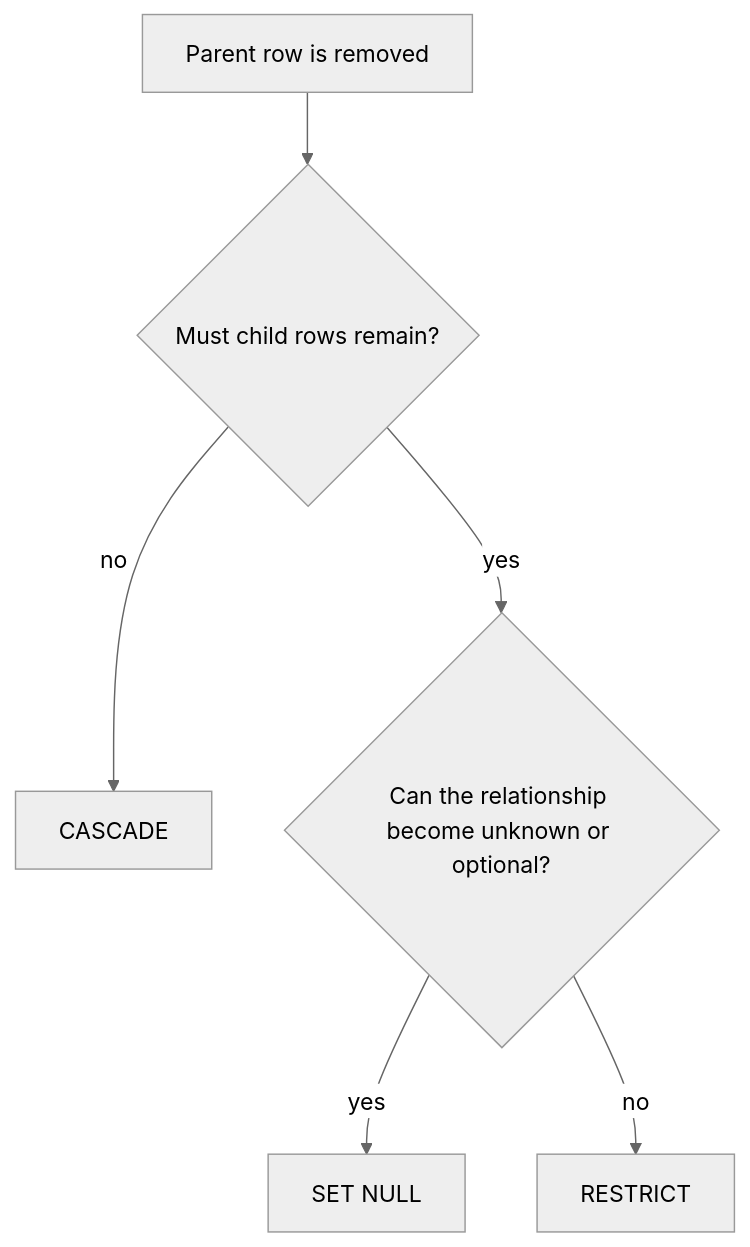
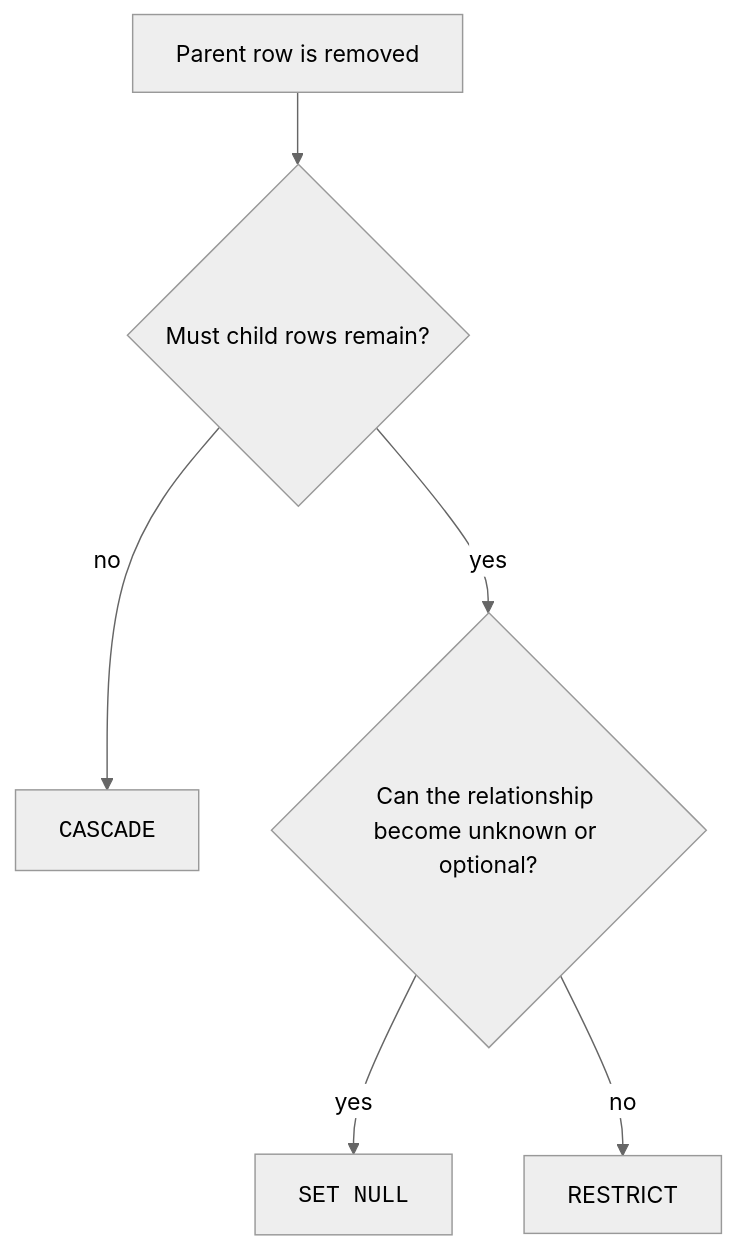
Before and after one commit to dataslope/dataslope: the eighth of 8 diagrams in content/courses/database-design-postgresql/referential-integrity.mdx, drawn with Mermaid (neutral theme). The commit also changed other lines of this file and 283 other files, not shown here.

First line of the commit message:
Diagrams as elements, not characters: fix the box model, sweep the corpus, and make syntax breakdowns a convention (#652)

````diff
--- a/content/courses/database-design-postgresql/referential-integrity.mdx
+++ b/content/courses/database-design-postgresql/referential-integrity.mdx
@@ -260,8 +270,8 @@
 ```mermaid
 flowchart TB
     S["Parent row is removed"] --> A{"Must child rows remain?"}
-    A -->|"no"| C["CASCADE"]
+    A -->|"no"| C["<code>CASCADE</code>"]
     A -->|"yes"| B{"Can the relationship become unknown or optional?"}
-    B -->|"yes"| N["SET NULL"]
+    B -->|"yes"| N["<code>SET NULL</code>"]
     B -->|"no"| R["RESTRICT"]
 ```
````
